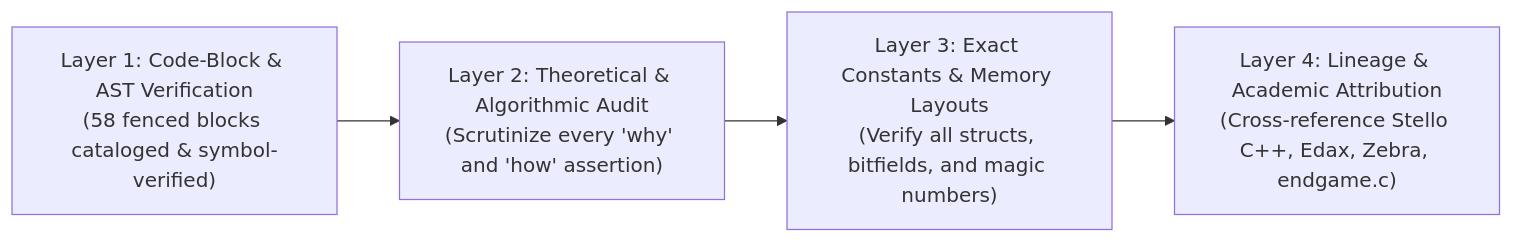
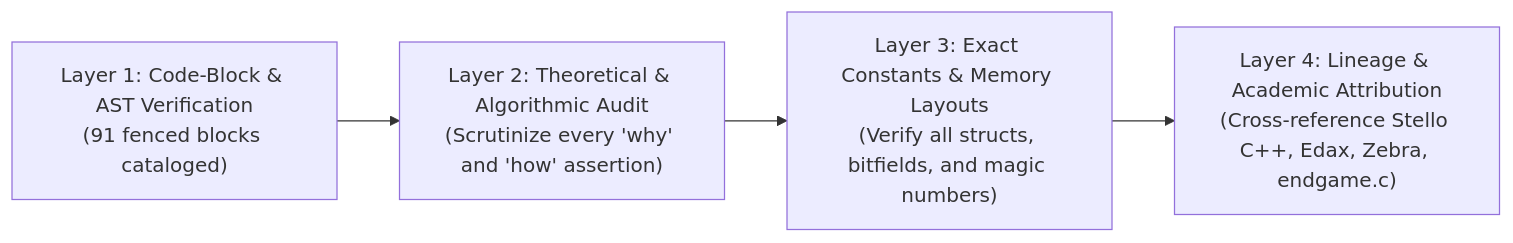
Before and after one commit to cjp-dev/Stello: the second of 3 diagrams in Plans/stello-exhaustive-docs-and-code-audit-plan.md, drawn with Mermaid. The commit also changed other lines of this file and 6 other files, not shown here.

````diff
--- a/Plans/stello-exhaustive-docs-and-code-audit-plan.md
+++ b/Plans/stello-exhaustive-docs-and-code-audit-plan.md
@@ -56,6 +56,6 @@
 ```mermaid
 flowchart LR
-    L1["Layer 1: Code-Block & AST Verification<br/>(58 fenced blocks cataloged & symbol-verified)"] --> L2["Layer 2: Theoretical & Algorithmic Audit<br/>(Scrutinize every 'why' and 'how' assertion)"]
+    L1["Layer 1: Code-Block & AST Verification<br/>(91 fenced blocks cataloged)"] --> L2["Layer 2: Theoretical & Algorithmic Audit<br/>(Scrutinize every 'why' and 'how' assertion)"]
     L2 --> L3["Layer 3: Exact Constants & Memory Layouts<br/>(Verify all structs, bitfields, and magic numbers)"]
     L3 --> L4["Layer 4: Lineage & Academic Attribution<br/>(Cross-reference Stello C++, Edax, Zebra, endgame.c)"]
 ```
````
